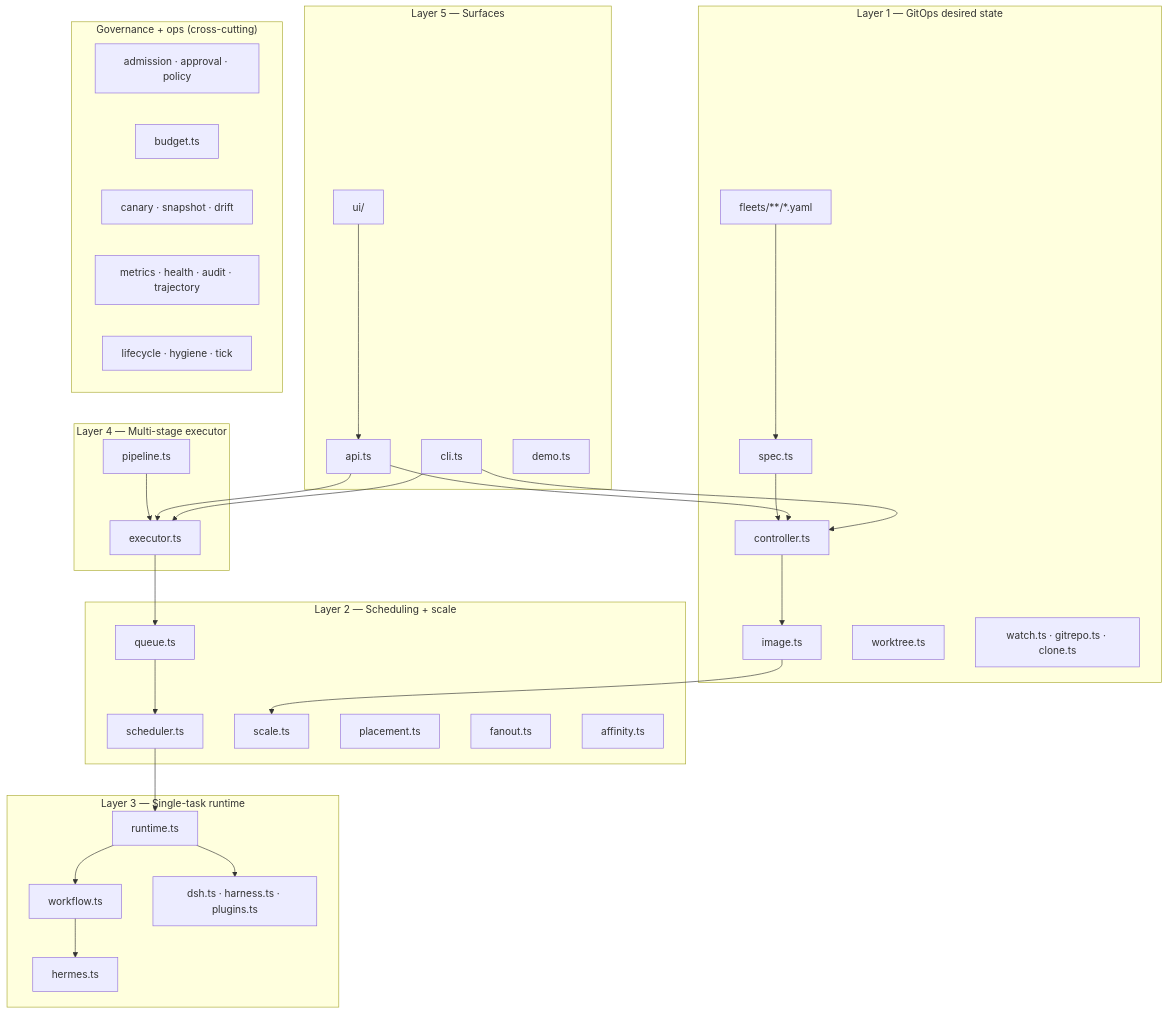
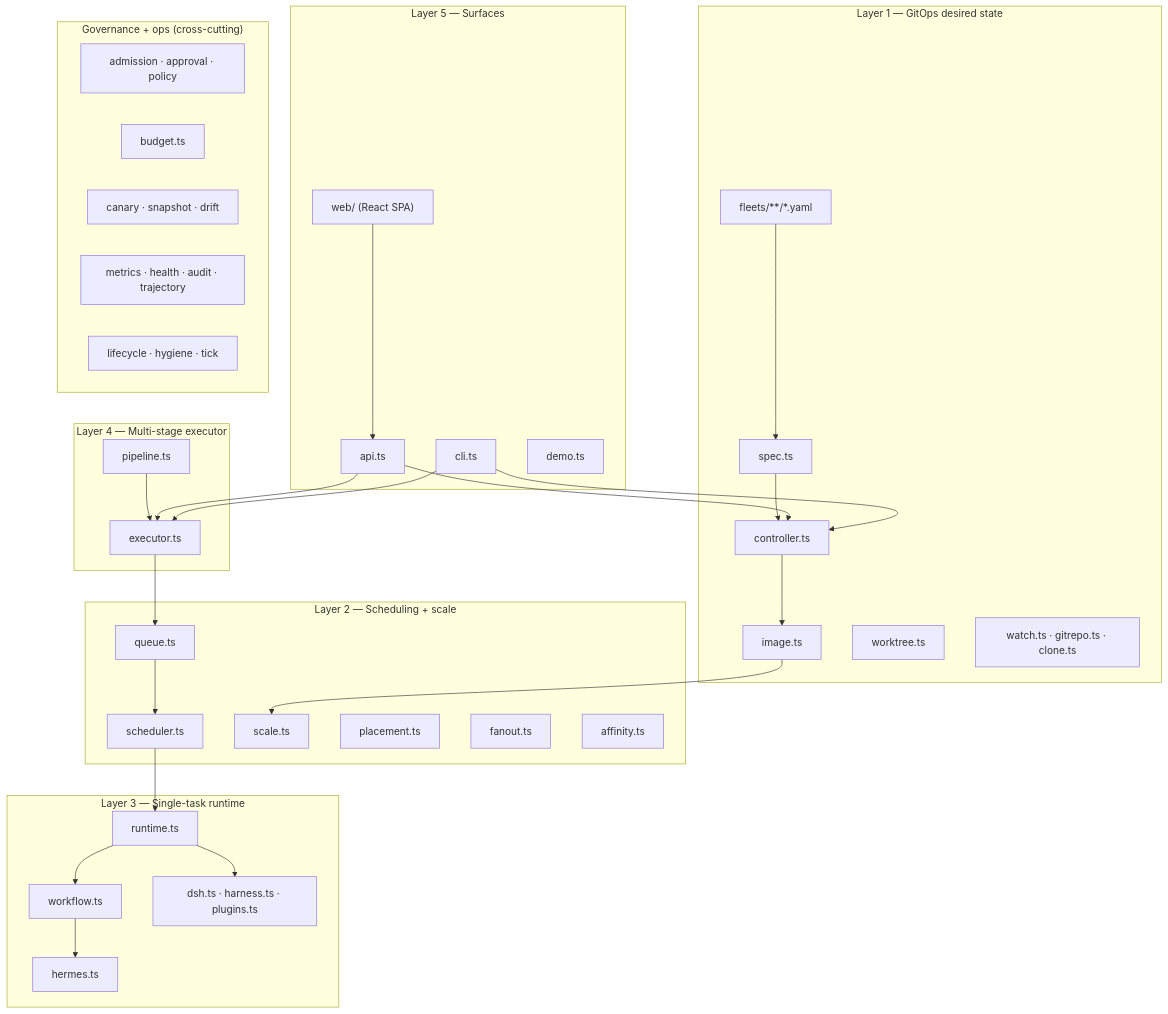
One commit to amirsdream/ropex changed the fourth of 10 diagrams in docs/system-architecture.md. Above: the diagram before and after it, drawn with Mermaid. The commit also changed other lines of this file and 10 other files, not shown here.

First line of the commit message:
docs: refresh architecture docs, diagrams, and screenshots for the React SPA (#39)

````diff
--- a/docs/system-architecture.md
+++ b/docs/system-architecture.md
@@ -140,59 +140,59 @@
 ```mermaid
 flowchart TB
   subgraph L1["Layer 1 — GitOps desired state"]
     YAML["fleets/**/*.yaml"]
     SPEC["spec.ts"]
     CTRL["controller.ts"]
     IMAGE["image.ts"]
     WT["worktree.ts"]
     WATCH["watch.ts · gitrepo.ts · clone.ts"]
   end
 
   subgraph L2["Layer 2 — Scheduling + scale"]
     QUEUE["queue.ts"]
     SCH["scheduler.ts"]
     SCALE["scale.ts"]
     PLACE["placement.ts"]
     FANOUT["fanout.ts"]
     AFF["affinity.ts"]
   end
 
   subgraph L3["Layer 3 — Single-task runtime"]
     RT["runtime.ts"]
     WF["workflow.ts"]
     HERMES["hermes.ts"]
     DSH["dsh.ts · harness.ts · plugins.ts"]
   end
 
   subgraph L4["Layer 4 — Multi-stage executor"]
     PIPE["pipeline.ts"]
     EXEC["executor.ts"]
   end
 
   subgraph L5["Layer 5 — Surfaces"]
     CLI["cli.ts"]
     API["api.ts"]
-    UI["ui/"]
+    UI["web/ (React SPA)"]
     DEMO["demo.ts"]
   end
 
   subgraph GOV["Governance + ops (cross-cutting)"]
     ADM["admission · approval · policy"]
     BUD["budget.ts"]
     CAN["canary · snapshot · drift"]
     OBS["metrics · health · audit · trajectory"]
     LIFE["lifecycle · hygiene · tick"]
   end
 
   YAML --> SPEC --> CTRL
   CTRL --> IMAGE --> SCALE
   QUEUE --> SCH --> RT
   RT --> WF --> HERMES
   RT --> DSH
   PIPE --> EXEC --> QUEUE
   API --> CTRL
   API --> EXEC
   UI --> API
   CLI --> CTRL
   CLI --> EXEC
 ```
````
